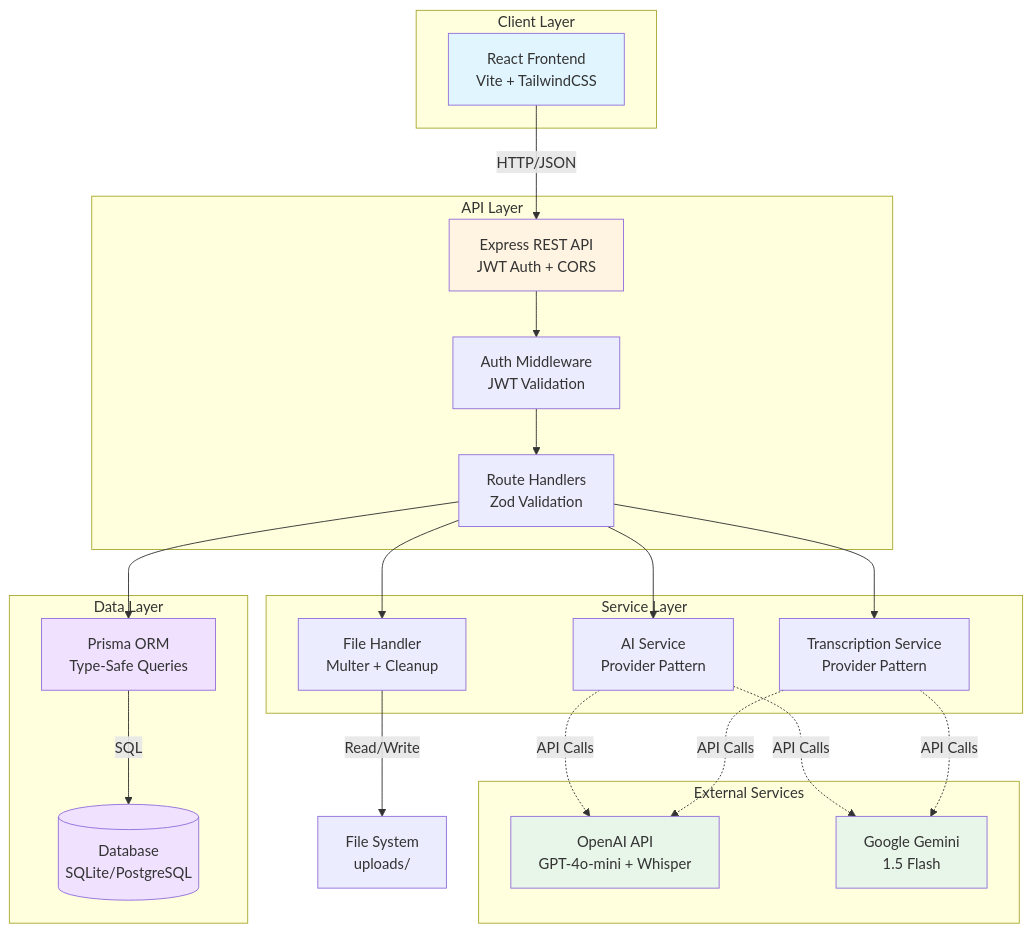
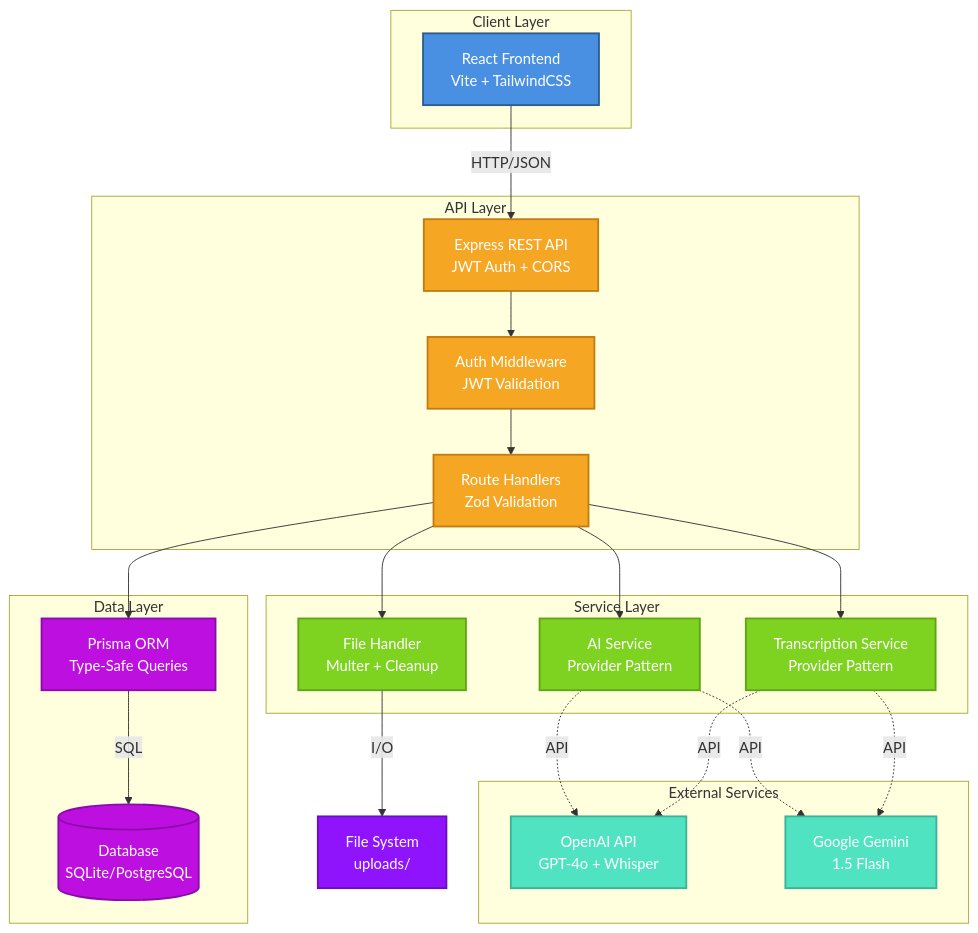
One commit to hasancoded/ai-meeting-copilot changed the diagram in README.md. Above: the diagram before and after it, drawn with Mermaid. The commit also changed other lines of this file, not shown here.

Commit message:
style: improve Mermaid architecture diagram readability
- Use shorter node IDs to prevent text overlay on arrows
- Implement high-contrast color scheme with white text
- Add stroke borders for better visual separation
- Simplify edge labels (HTTP/JSON -> HTTP/JSON, API Calls -> API, etc.)
- Improve color coordination across layers for better readability

````diff
--- a/README.md
+++ b/README.md
@@ -24,51 +24,57 @@
 ```mermaid
 graph TB
-    subgraph "Client Layer"
-        UI[React Frontend<br/>Vite + TailwindCSS]
+    subgraph Client["Client Layer"]
+        UI["React Frontend<br/>Vite + TailwindCSS"]
     end
 
-    subgraph "API Layer"
-        API[Express REST API<br/>JWT Auth + CORS]
-        Auth[Auth Middleware<br/>JWT Validation]
-        Routes[Route Handlers<br/>Zod Validation]
+    subgraph API["API Layer"]
+        REST["Express REST API<br/>JWT Auth + CORS"]
+        AuthMW["Auth Middleware<br/>JWT Validation"]
+        RouteH["Route Handlers<br/>Zod Validation"]
     end
 
-    subgraph "Service Layer"
-        AIService[AI Service<br/>Provider Pattern]
-        TranscribeService[Transcription Service<br/>Provider Pattern]
-        FileService[File Handler<br/>Multer + Cleanup]
+    subgraph Service["Service Layer"]
+        AISvc["AI Service<br/>Provider Pattern"]
+        TransSvc["Transcription Service<br/>Provider Pattern"]
+        FileSvc["File Handler<br/>Multer + Cleanup"]
     end
 
-    subgraph "Data Layer"
-        Prisma[Prisma ORM<br/>Type-Safe Queries]
-        DB[(Database<br/>SQLite/PostgreSQL)]
+    subgraph Data["Data Layer"]
+        ORM["Prisma ORM<br/>Type-Safe Queries"]
+        Database[("Database<br/>SQLite/PostgreSQL")]
     end
 
-    subgraph "External Services"
-        OpenAI[OpenAI API<br/>GPT-4o-mini + Whisper]
-        Gemini[Google Gemini<br/>1.5 Flash]
+    subgraph External["External Services"]
+        OpenAI["OpenAI API<br/>GPT-4o + Whisper"]
+        Gemini["Google Gemini<br/>1.5 Flash"]
     end
 
-    UI -->|HTTP/JSON| API
-    API --> Auth
-    Auth --> Routes
-    Routes --> AIService
-    Routes --> TranscribeService
-    Routes --> FileService
-    Routes --> Prisma
+    UI -->|HTTP/JSON| REST
+    REST --> AuthMW
+    AuthMW --> RouteH
+    RouteH --> AISvc
+    RouteH --> TransSvc
+    RouteH --> FileSvc
+    RouteH --> ORM
 
-    AIService -.->|API Calls| OpenAI
-    AIService -.->|API Calls| Gemini
-    TranscribeService -.->|API Calls| OpenAI
-    TranscribeService -.->|API Calls| Gemini
+    AISvc -.->|API| OpenAI
+    AISvc -.->|API| Gemini
+    TransSvc -.->|API| OpenAI
+    TransSvc -.->|API| Gemini
 
-    Prisma -->|SQL| DB
-    FileService -->|Read/Write| Storage[File System<br/>uploads/]
+    ORM -->|SQL| Database
+    FileSvc -->|I/O| Storage["File System<br/>uploads/"]
 
-    style UI fill:#e1f5ff
-    style API fill:#fff4e1
-    style Prisma fill:#f0e1ff
-    style DB fill:#f0e1ff
-    style OpenAI fill:#e8f5e9
-    style Gemini fill:#e8f5e9
+    style UI fill:#4A90E2,stroke:#2E5C8A,stroke-width:2px,color:#fff
+    style REST fill:#F5A623,stroke:#C17D11,stroke-width:2px,color:#fff
+    style AuthMW fill:#F5A623,stroke:#C17D11,stroke-width:2px,color:#fff
+    style RouteH fill:#F5A623,stroke:#C17D11,stroke-width:2px,color:#fff
+    style AISvc fill:#7ED321,stroke:#5FA319,stroke-width:2px,color:#fff
+    style TransSvc fill:#7ED321,stroke:#5FA319,stroke-width:2px,color:#fff
+    style FileSvc fill:#7ED321,stroke:#5FA319,stroke-width:2px,color:#fff
+    style ORM fill:#BD10E0,stroke:#8B0AA8,stroke-width:2px,color:#fff
+    style Database fill:#BD10E0,stroke:#8B0AA8,stroke-width:2px,color:#fff
+    style OpenAI fill:#50E3C2,stroke:#3AB39A,stroke-width:2px,color:#fff
+    style Gemini fill:#50E3C2,stroke:#3AB39A,stroke-width:2px,color:#fff
+    style Storage fill:#9013FE,stroke:#6B0EBE,stroke-width:2px,color:#fff
 ```
````
